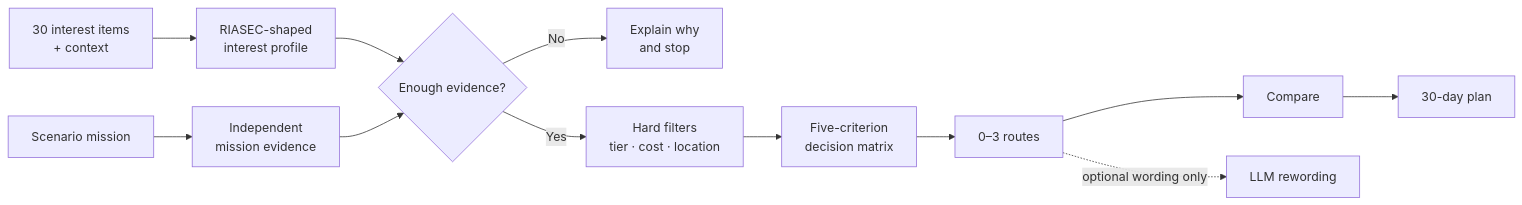
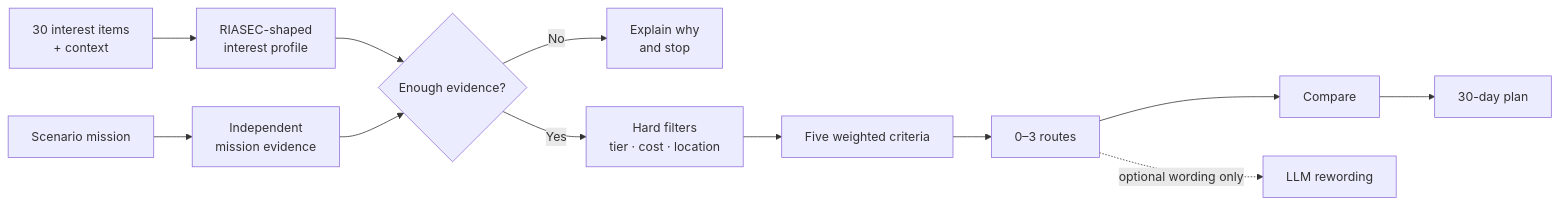
The diagram in 03_WebApp/Pre_Present/README.md (Pongkarm/Future_Me), drawn with Mermaid before and after one commit. The commit also changed other lines of this file and 4 other files, not shown here.

````diff
--- a/03_WebApp/Pre_Present/README.md
+++ b/03_WebApp/Pre_Present/README.md
@@ -153,14 +173,14 @@
 ```mermaid
 flowchart LR
     A["30 interest items<br/>+ context"] --> B["RIASEC-shaped<br/>interest profile"]
     C["Scenario mission"] --> D["Independent<br/>mission evidence"]
     B --> E{"Enough evidence?"}
     D --> E
     E -->|"No"| F["Explain why<br/>and stop"]
     E -->|"Yes"| G["Hard filters<br/>tier · cost · location"]
-    G --> H["Five-criterion<br/>decision matrix"]
+    G --> H["Five weighted criteria"]
     H --> I["0–3 routes"]
     I --> J["Compare"]
     J --> K["30-day plan"]
     I -.->|"optional wording only"| L["LLM rewording"]
 ```
````
